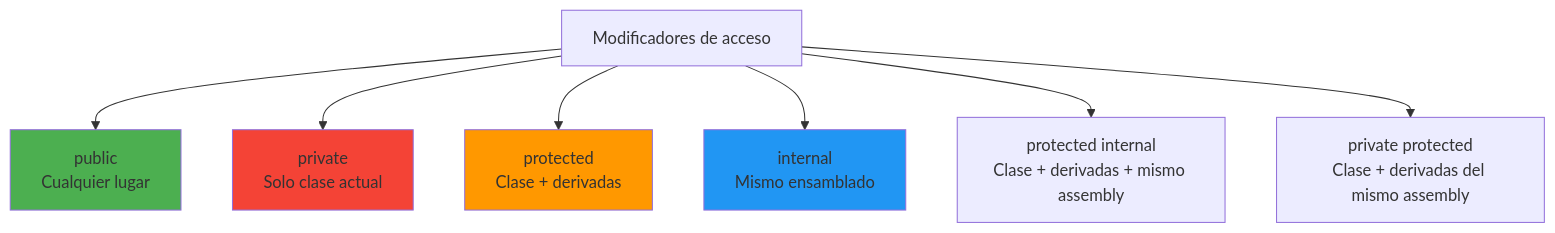
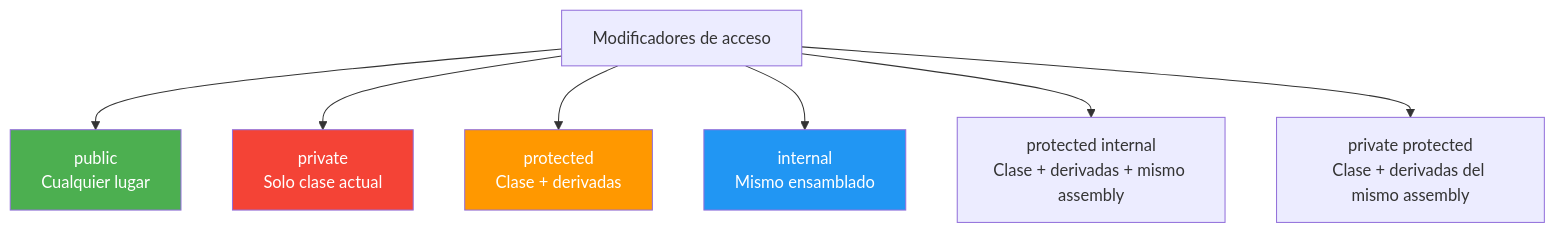
One commit to joseluisgs/DesarrolloWebEntornosServidor-01-2026-2027 changed the fourth of 7 diagrams in csharp_inicial/04-Fundamentoscsharp.md. Above: the diagram before and after it, drawn with Mermaid. The commit also changed other lines of this file and 66 other files, not shown here.

First line of the commit message:
fix: normalizar titulos al castellano de frase y corregir la paleta de mermaid

````diff
--- a/csharp_inicial/04-Fundamentoscsharp.md
+++ b/csharp_inicial/04-Fundamentoscsharp.md
@@ -441,14 +441,14 @@
 ```mermaid
 graph TD
     A["Modificadores de acceso"] --> B["public<br/>Cualquier lugar"]
     A --> C["private<br/>Solo clase actual"]
     A --> D["protected<br/>Clase + derivadas"]
     A --> E["internal<br/>Mismo ensamblado"]
     A --> F["protected internal<br/>Clase + derivadas + mismo assembly"]
     A --> G["private protected<br/>Clase + derivadas del mismo assembly"]
     
-    style B fill:#4CAF50
-    style C fill:#F44336
-    style D fill:#FF9800
-    style E fill:#2196F3
+    style B fill:#4CAF50,color:#fff
+    style C fill:#F44336,color:#fff
+    style D fill:#FF9800,color:#fff
+    style E fill:#2196F3,color:#fff
 ```
````
